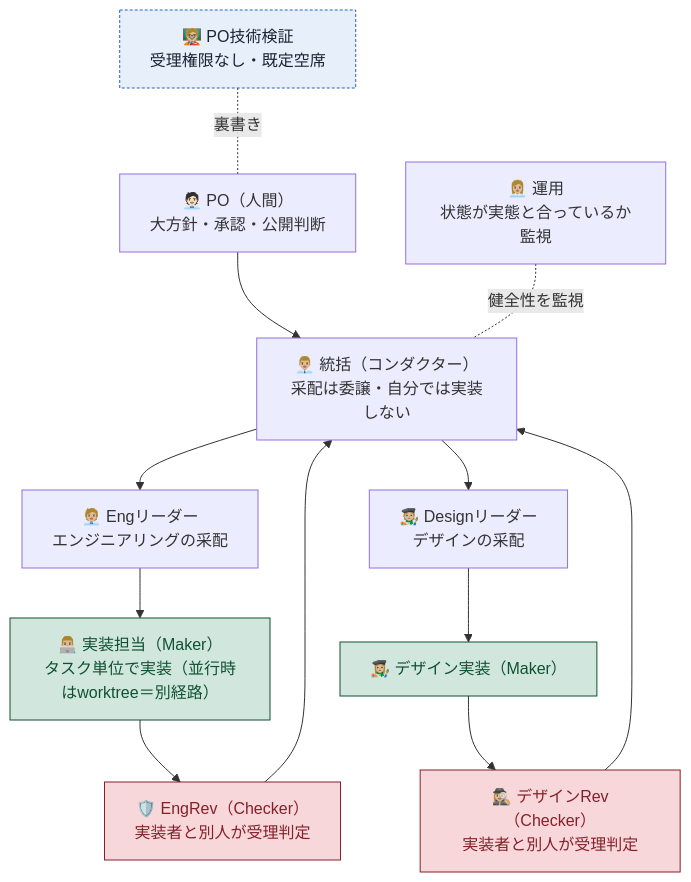
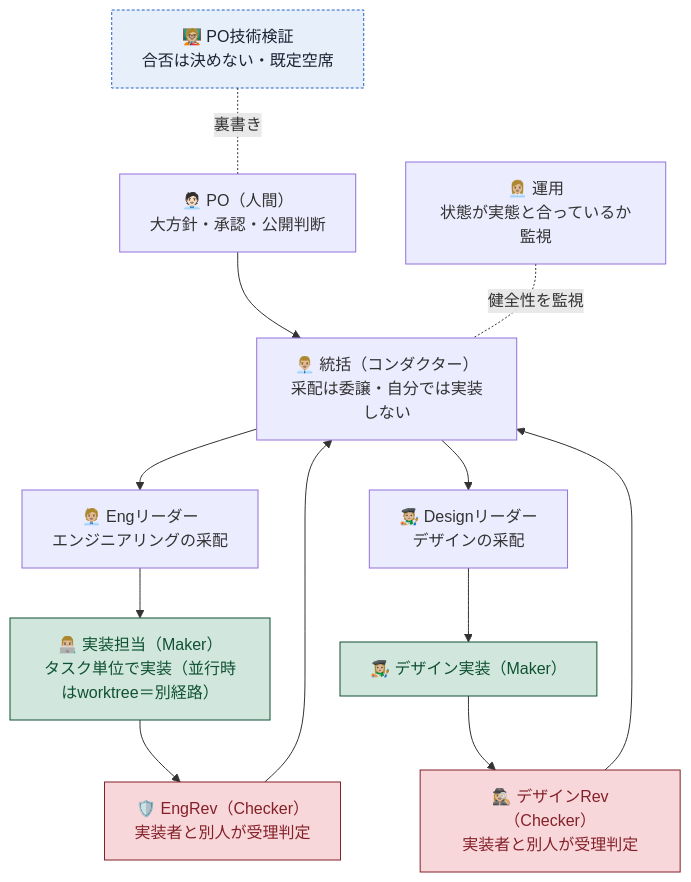
The second of 4 diagrams in README.md (kumamoto-kouki/conductor-sdlc-template), drawn with Mermaid before and after one commit. The commit also changed other lines of this file and 3 other files, not shown here.

````diff
--- a/README.md
+++ b/README.md
@@ -79,26 +322,26 @@
 ```mermaid
 flowchart TD
     PO["🧑🏻‍💼 PO（人間）<br/>大方針・承認・公開判断"]
     K["👨🏼‍💼 統括（コンダクター）<br/>采配は委譲・自分では実装しない"]
     LE["🧑🏼‍💼 Engリーダー<br/>エンジニアリングの采配"]
     LD["🧑🏼‍🎨 Designリーダー<br/>デザインの采配"]
     ME["👨🏼‍💻 実装担当（Maker）<br/>タスク単位で実装（並行時はworktree＝別経路）"]
     MD["👩🏼‍🎨 デザイン実装（Maker）"]
     RE["🛡️ EngRev（Checker）<br/>実装者と別人が受理判定"]
     RD["🕵🏼‍♀️ デザインRev（Checker）<br/>実装者と別人が受理判定"]
     OPS["👩🏼‍💼 運用<br/>状態が実態と合っているか監視"]
-    T["🧑🏼‍🏫 PO技術検証<br/>受理権限なし・既定空席"]
+    T["🧑🏼‍🏫 PO技術検証<br/>合否は決めない・既定空席"]
 
     PO --> K
     K --> LE --> ME --> RE --> K
     K --> LD --> MD --> RD --> K
     OPS -. 健全性を監視 .- K
     T -. 裏書き .- PO
 
     classDef maker fill:#d1e7dd,stroke:#0f5132,color:#0f5132
     classDef checker fill:#f8d7da,stroke:#842029,color:#842029
     classDef cand fill:#e7effb,stroke:#2563c9,stroke-dasharray: 3 2,color:#1c2333
     class ME,MD maker
     class RE,RD checker
     class T cand
 ```
````
